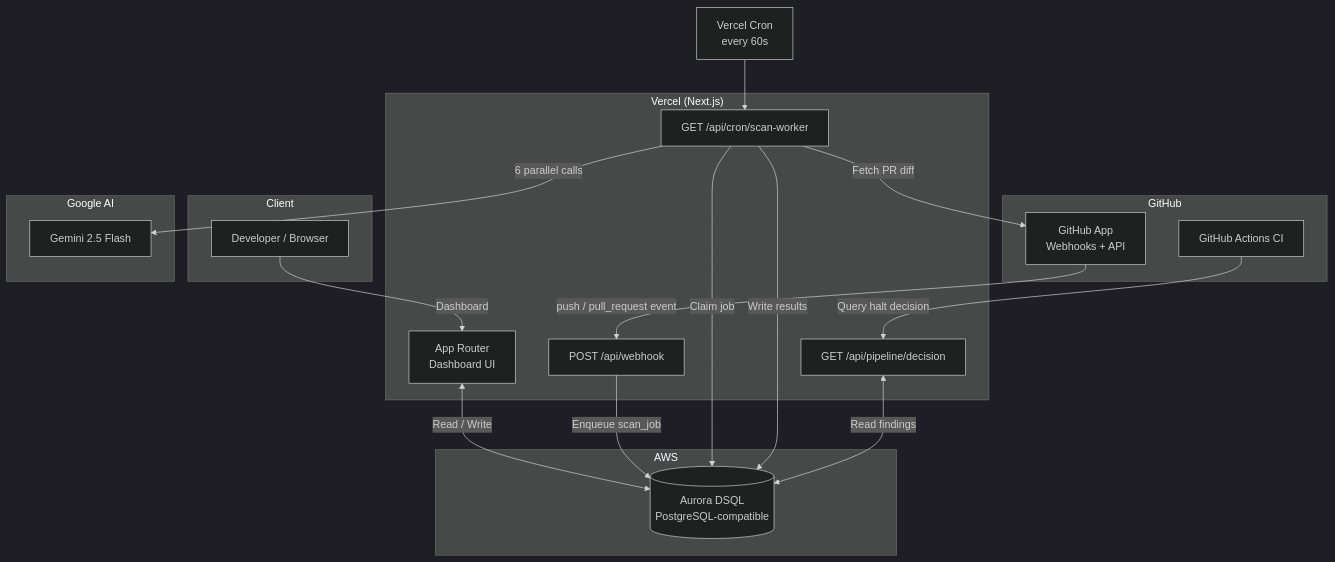
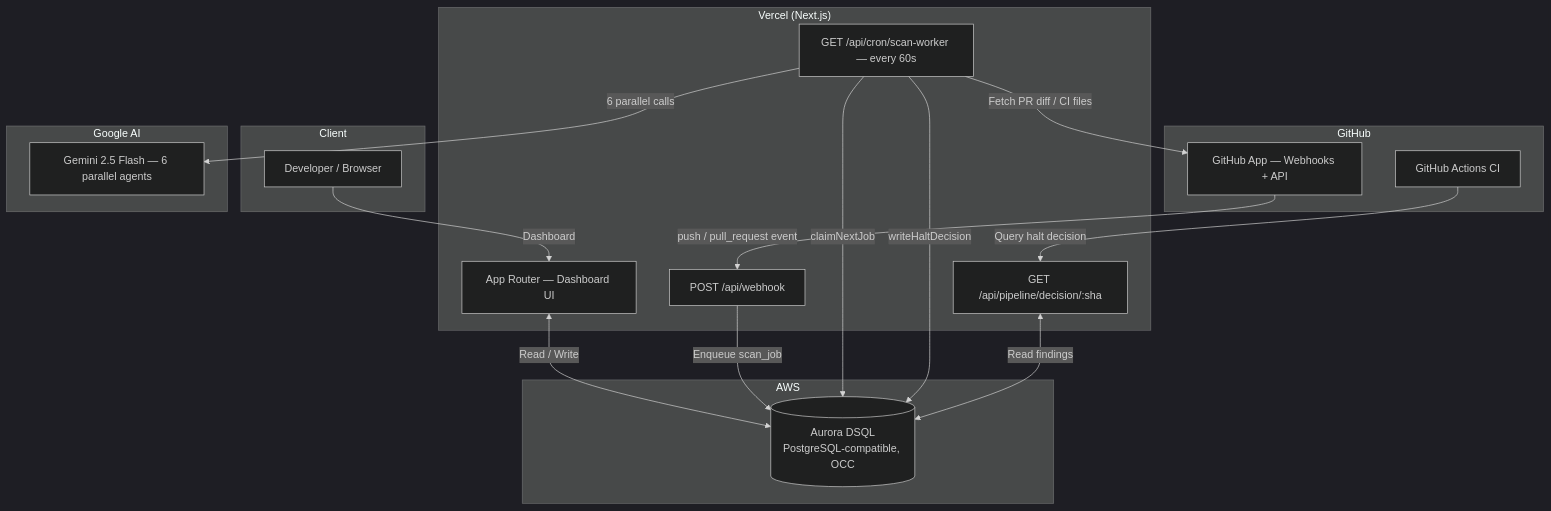
Before and after one commit to Akshat74747/Gatecheck: the diagram in README.md, drawn with Mermaid (dark theme). The commit also changed other lines of this file, not shown here.

````diff
--- a/README.md
+++ b/README.md
@@ -111,38 +160,37 @@
 ```mermaid
 graph TB
     subgraph Client
         Browser[Developer / Browser]
     end
 
     subgraph Vercel ["Vercel (Next.js)"]
-        App[App Router\nDashboard UI]
+        App[App Router — Dashboard UI]
         Webhook[POST /api/webhook]
-        Worker[GET /api/cron/scan-worker]
-        HaltAPI[GET /api/pipeline/decision]
+        Worker[GET /api/cron/scan-worker — every 60s]
+        HaltAPI[GET /api/pipeline/decision/:sha]
     end
 
     subgraph AWS ["AWS"]
-        DSQL[(Aurora DSQL\nPostgreSQL-compatible)]
+        DSQL[(Aurora DSQL<br/>PostgreSQL-compatible, OCC)]
     end
 
     subgraph GitHub ["GitHub"]
-        GHApp[GitHub App\nWebhooks + API]
+        GHApp[GitHub App — Webhooks + API]
         Actions[GitHub Actions CI]
     end
 
     subgraph Google ["Google AI"]
-        Gemini[Gemini 2.5 Flash]
+        Gemini[Gemini 2.5 Flash — 6 parallel agents]
     end
 
     Browser -->|Dashboard| App
     App <-->|Read / Write| DSQL
     GHApp -->|push / pull_request event| Webhook
     Webhook -->|Enqueue scan_job| DSQL
-    Cron[Vercel Cron\nevery 60s] --> Worker
-    Worker -->|Claim job| DSQL
-    Worker -->|Fetch PR diff| GHApp
+    Worker -->|claimNextJob| DSQL
+    Worker -->|Fetch PR diff / CI files| GHApp
     Worker -->|6 parallel calls| Gemini
-    Worker -->|Write results| DSQL
+    Worker -->|writeHaltDecision| DSQL
     Actions -->|Query halt decision| HaltAPI
     HaltAPI <-->|Read findings| DSQL
 ```
````
